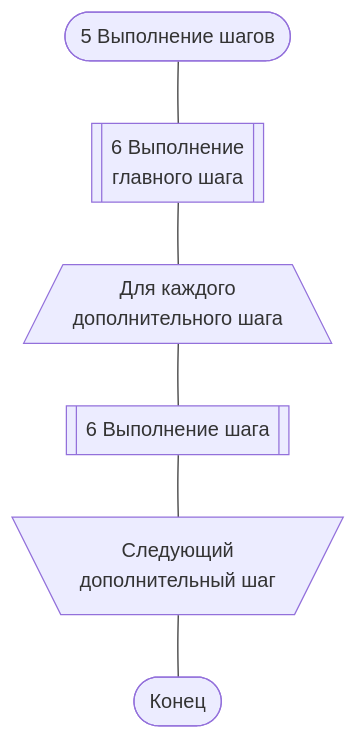
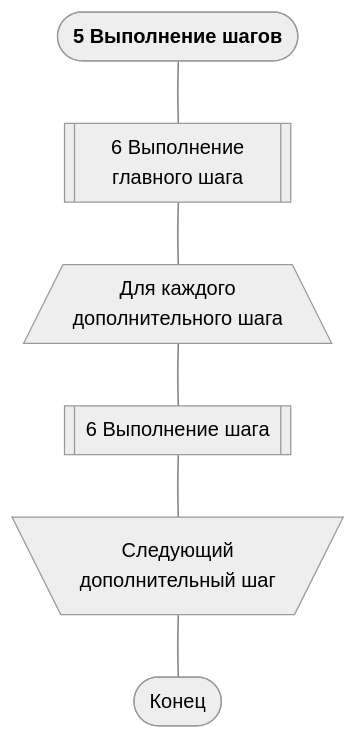
One commit to savushkin-r-d/ptusa_main changed the third of 5 diagrams in russian_readme/readme.md. Above: the diagram before and after it, drawn with Mermaid. The commit also changed other lines of this file and 1 other file, not shown here.

````diff
--- a/russian_readme/readme.md
+++ b/russian_readme/readme.md
@@ -54,11 +54,11 @@
 ``` mermaid
+%%{ init: {'theme': 'neutral'} }%%
 
 flowchart TD
-
-    A([5 Выполнение шагов]) --- A1[[6 Выполнение <br/> главного шага]]
+    A([<b>5 Выполнение шагов</b>]) --- A1[[<p style='width:150px'>6 Выполнение <br/> главного шага]]
     A1 --- B[/Для каждого <br/> дополнительного шага\]
-    B --- C[[6 Выполнение шага]]
+    B --- C[[<p style='width:150px'>6 Выполнение шага]]
     C --- D[\"Следующий <br/> дополнительный шаг"/]
     D --- E([Конец])
 
 ```
````
